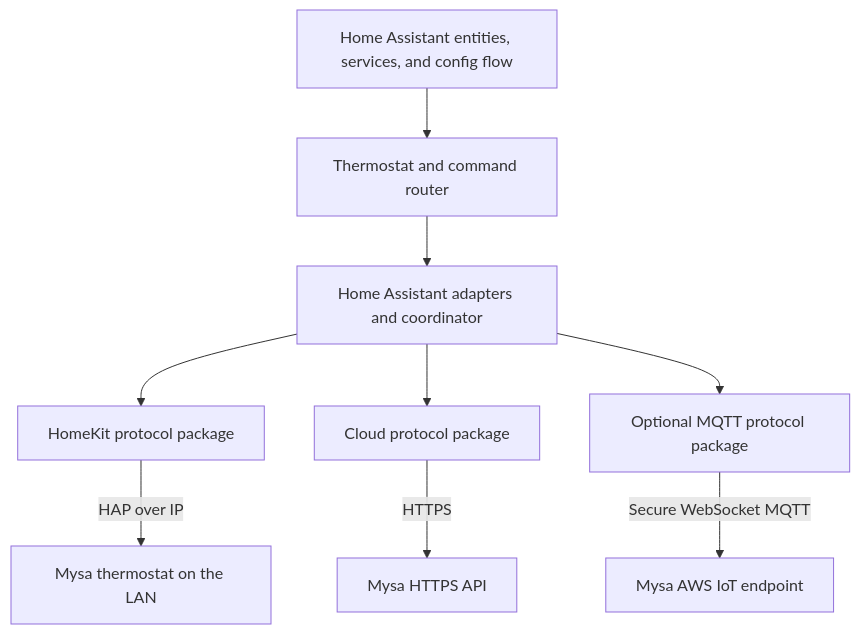
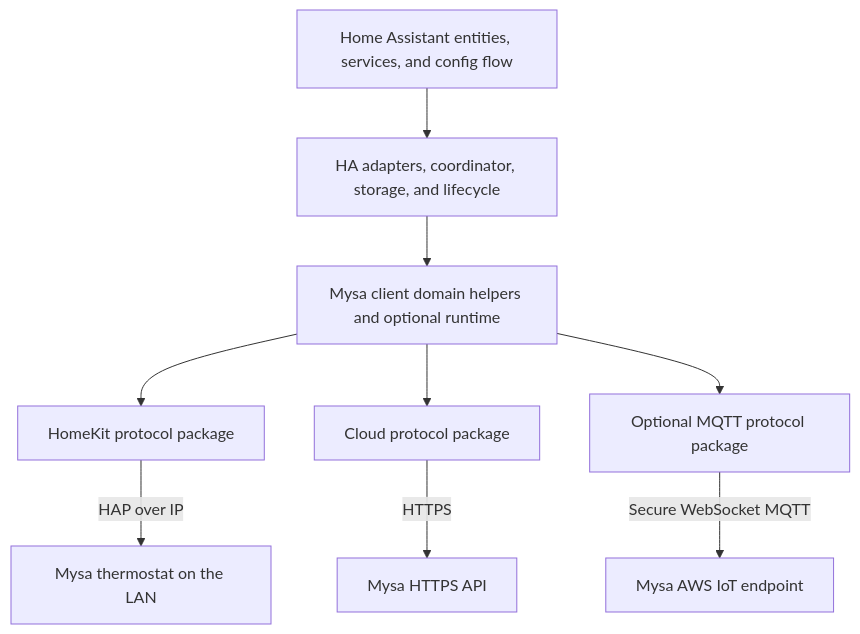
The diagram in docs/architecture.md (SokolskyNikita/mysa-homeassistant), drawn with Mermaid before and after one commit. The commit also changed other lines of this file and 27 other files, not shown here.

Commit message:
Delegate Mysa behavior to client 0.2.0

````diff
--- a/docs/architecture.md
+++ b/docs/architecture.md
@@ -8,21 +8,21 @@
 ```mermaid
 flowchart TD
     E[Home Assistant entities, services, and config flow]
-    T[Thermostat and command router]
-    HA[Home Assistant adapters and coordinator]
+    HA[HA adapters, coordinator, storage, and lifecycle]
+    D[Mysa client domain helpers and optional runtime]
     HK[HomeKit protocol package]
     CL[Cloud protocol package]
     MQ[Optional MQTT protocol package]
     DEV[Mysa thermostat on the LAN]
     API[Mysa HTTPS API]
     IOT[Mysa AWS IoT endpoint]
 
-    E --> T
-    T --> HA
-    HA --> HK
-    HA --> CL
-    HA --> MQ
+    E --> HA
+    HA --> D
+    D --> HK
+    D --> CL
+    D --> MQ
     HK -->|HAP over IP| DEV
     CL -->|HTTPS| API
     MQ -->|Secure WebSocket MQTT| IOT
 ```
````
